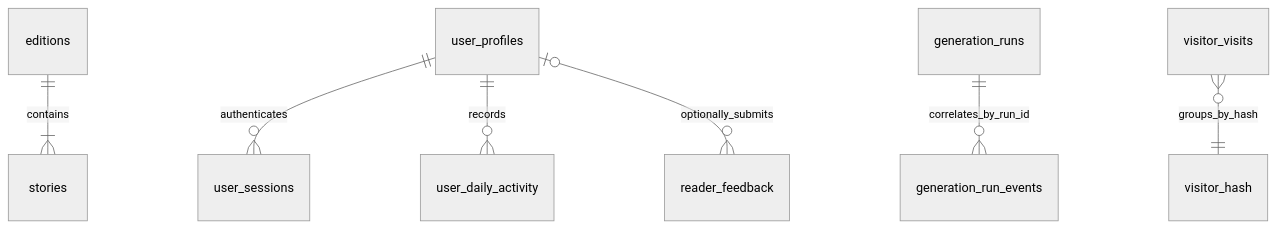
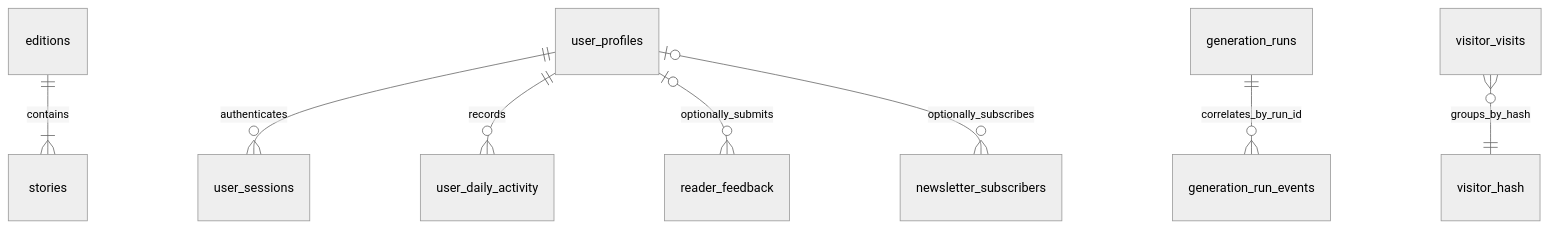
One commit to RadheCode/AINuggets changed the diagram in docs/D1_SCHEMA_REFERENCE.md. Above: the diagram before and after it, drawn with Mermaid (neutral theme). The commit also changed other lines of this file and 16 other files, not shown here.

````diff
--- a/docs/D1_SCHEMA_REFERENCE.md
+++ b/docs/D1_SCHEMA_REFERENCE.md
@@ -27,9 +28,10 @@
 ```mermaid
 erDiagram
   editions ||--|{ stories : contains
   user_profiles ||--o{ user_sessions : authenticates
   user_profiles ||--o{ user_daily_activity : records
   user_profiles o|--o{ reader_feedback : optionally_submits
-  generation_runs ||--o{ generation_run_events : correlates_by_run_id
+    user_profiles o|--o{ newsletter_subscribers : optionally_subscribes
+    generation_runs ||--o{ generation_run_events : correlates_by_run_id
   visitor_visits }o--|| visitor_hash : groups_by_hash
 ```
````
